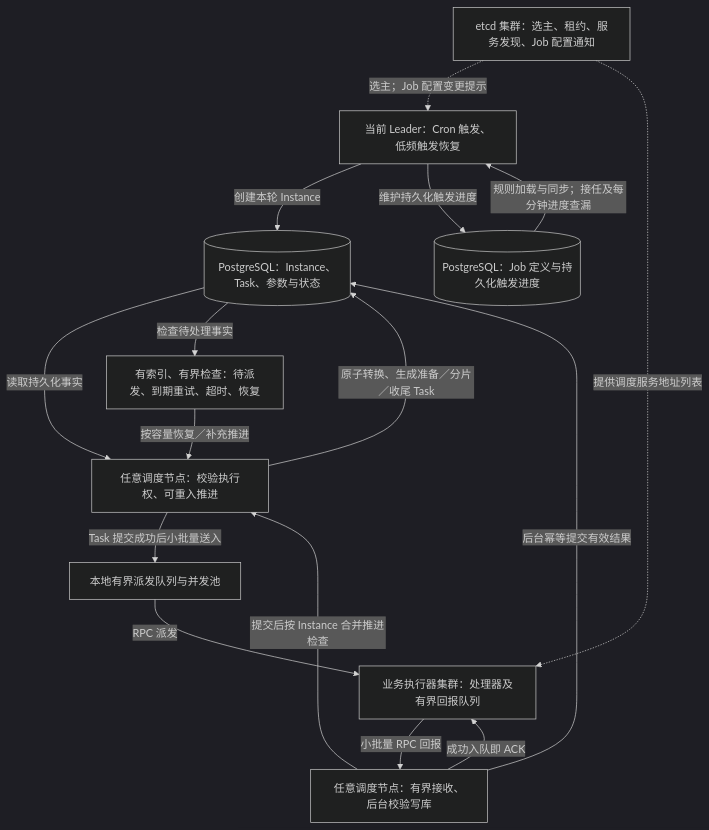
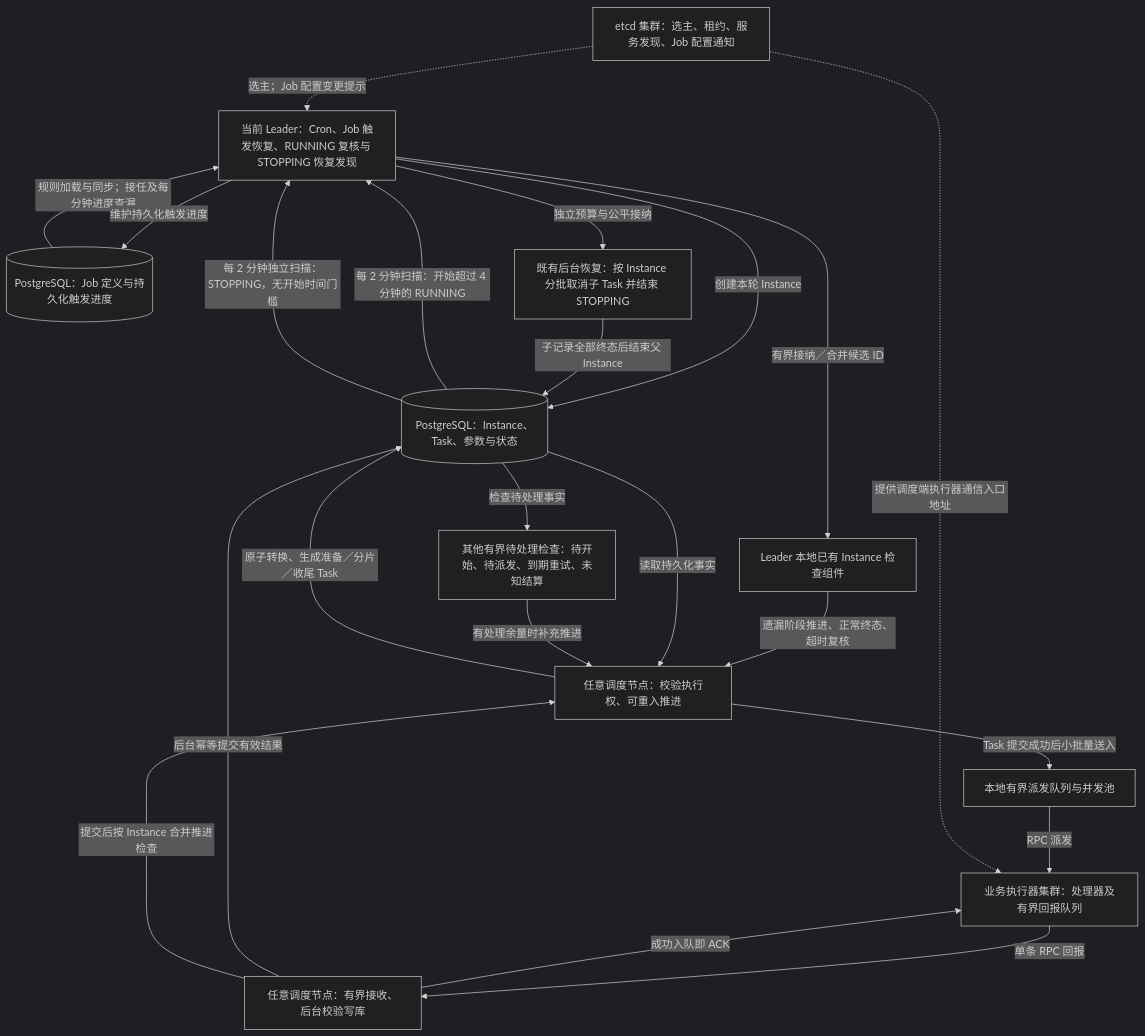
One commit to tokyolab/dogx changed the diagram in docs/design/scheduler/architecture.md. Above: the diagram before and after it, drawn with Mermaid (dark theme). The commit also changed other lines of this file and 18 other files, not shown here.

````diff
--- a/docs/design/scheduler/architecture.md
+++ b/docs/design/scheduler/architecture.md
@@ -11,28 +11,36 @@
 ```mermaid
 flowchart TB
     ETCD["etcd 集群：选主、租约、服务发现、Job 配置通知"]
-    LEADER["当前 Leader：Cron 触发、低频触发恢复"]
+    LEADER["当前 Leader：Cron、Job 触发恢复、RUNNING 复核与 STOPPING 恢复发现"]
     JOB[("PostgreSQL：Job 定义与持久化触发进度")]
     RUN[("PostgreSQL：Instance、Task、参数与状态")]
     ADVANCE["任意调度节点：校验执行权、可重入推进"]
     LOCAL["本地有界派发队列与并发池"]
     EXEC["业务执行器集群：处理器及有界回报队列"]
     REPORT["任意调度节点：有界接收、后台校验写库"]
-    CHECK["有索引、有界检查：待派发、到期重试、超时、恢复"]
+    CHECK["其他有界待处理检查：待开始、待派发、到期重试、未知结算"]
+    STOP["既有后台恢复：按 Instance 分批取消子 Task 并结束 STOPPING"]
+    RECHECK["Leader 本地已有 Instance 检查组件"]
 
     ETCD -.->|选主；Job 配置变更提示| LEADER
     JOB -->|规则加载与同步；接任及每分钟进度查漏| LEADER
     LEADER -->|创建本轮 Instance| RUN
     LEADER -->|维护持久化触发进度| JOB
+    RUN -->|每 2 分钟扫描：开始超过 4 分钟的 RUNNING| LEADER
+    RUN -->|每 2 分钟独立扫描：STOPPING，无开始时间门槛| LEADER
+    LEADER -->|有界接纳／合并候选 ID| RECHECK
+    LEADER -->|独立预算与公平接纳| STOP
+    STOP -->|子记录全部终态后结束父 Instance| RUN
+    RECHECK -->|遗漏阶段推进、正常终态、超时复核| ADVANCE
     RUN -->|读取持久化事实| ADVANCE
     ADVANCE -->|原子转换、生成准备／分片／收尾 Task| RUN
     ADVANCE -->|Task 提交成功后小批量送入| LOCAL
     LOCAL -->|RPC 派发| EXEC
-    EXEC -->|小批量 RPC 回报| REPORT
+    EXEC -->|单条 RPC 回报| REPORT
     REPORT -->|成功入队即 ACK| EXEC
     REPORT -->|后台幂等提交有效结果| RUN
     REPORT -->|提交后按 Instance 合并推进检查| ADVANCE
     RUN -->|检查待处理事实| CHECK
-    CHECK -->|按容量恢复／补充推进| ADVANCE
-    ETCD -.->|提供调度服务地址列表| EXEC
+    CHECK -->|有处理余量时补充推进| ADVANCE
+    ETCD -.->|提供调度端执行器通信入口地址| EXEC
 ```
````
